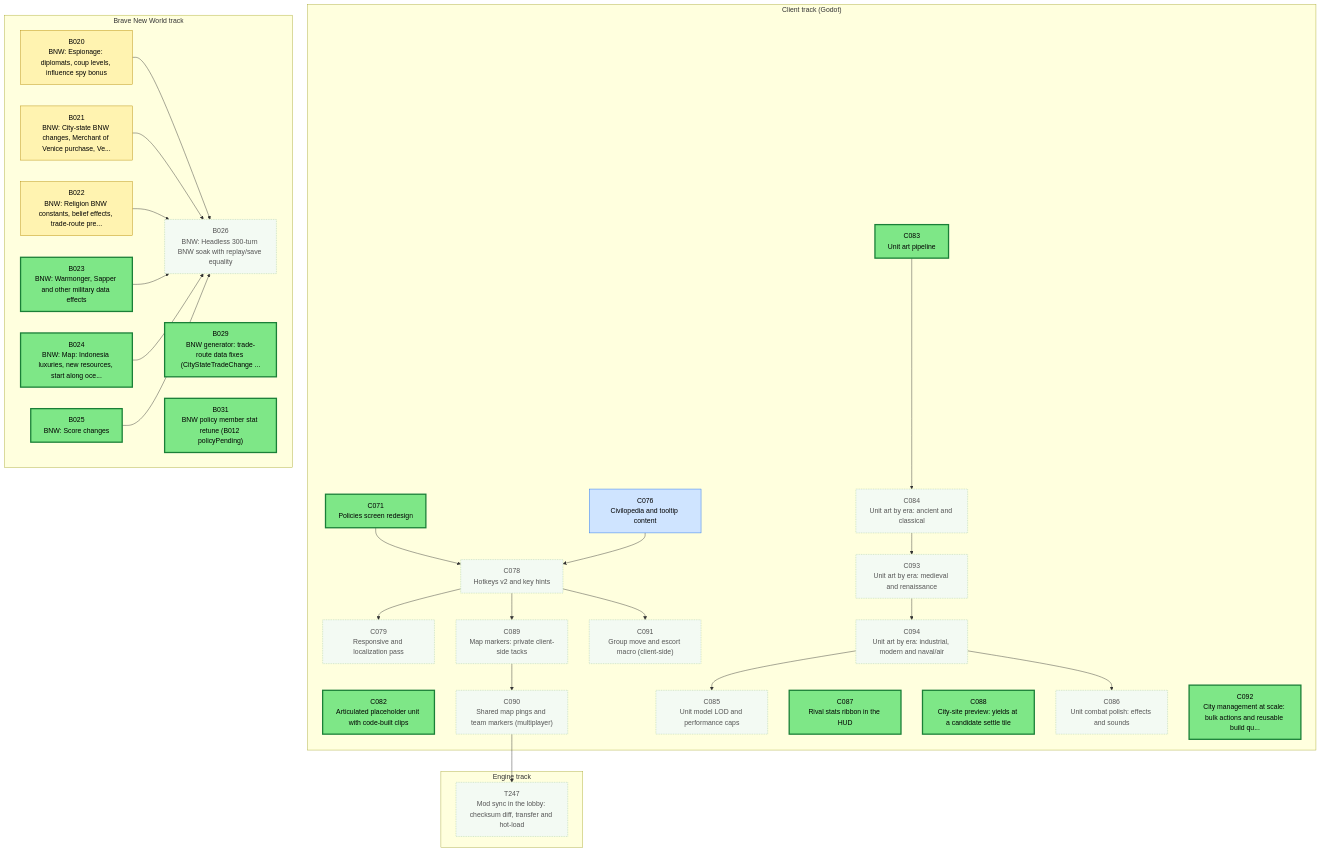
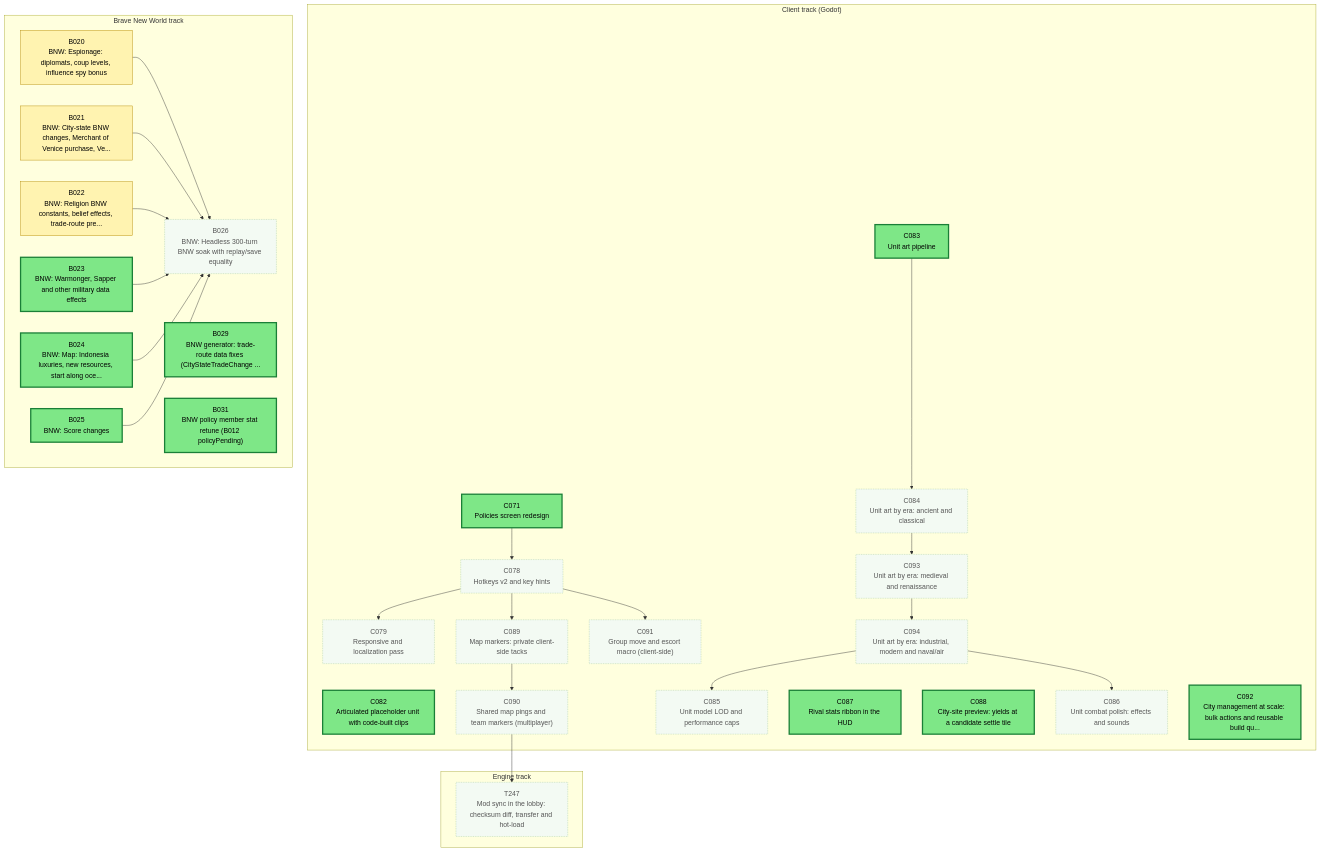
The first of 3 diagrams in csharp/migration/DEPENDENCY_MAP.md (Kenmura/Unciv), drawn with Mermaid before and after one commit. The commit also changed other lines of this file and 1 other file, not shown here.

Commit message:
migration: review C076 pass [Adversarial Review]

```diff
--- a/csharp/migration/DEPENDENCY_MAP.md
+++ b/csharp/migration/DEPENDENCY_MAP.md
@@ -29,7 +29,6 @@
   end
   subgraph CTRACK["Client track (Godot)"]
     C071["C071<br/>Policies screen redesign"]
-    C076["C076<br/>Civilopedia and tooltip content"]
     C078["C078<br/>Hotkeys v2 and key hints"]
     C079["C079<br/>Responsive and localization pass"]
     C082["C082<br/>Articulated placeholder unit with code-built clips"]
@@ -59,7 +58,6 @@
   end
   C090 --> T247
   C071 --> C078
-  C076 --> C078
   C078 --> C079
   C083 --> C084
   C094 --> C085
@@ -92,7 +90,6 @@
   class B029 ready
   class B031 ready
   class C071 ready
-  class C076 review
   class C078 waiting
   class C079 waiting
   class C082 ready
```
